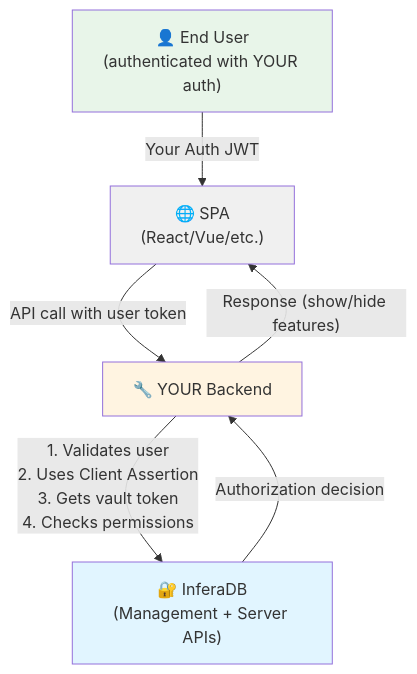
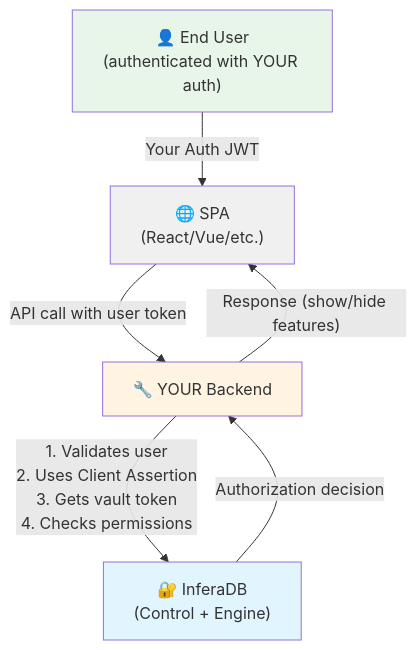
One commit to inferadb/management changed the fifth of 8 diagrams in docs/authentication.md. Above: the diagram before and after it, drawn with Mermaid. The commit also changed other lines of this file and 28 other files, not shown here.

````diff
--- a/docs/authentication.md
+++ b/docs/authentication.md
@@ -516,18 +517,18 @@
 ```mermaid
 flowchart TB
     User["👤 End User<br/>(authenticated with YOUR auth)"]
     SPA["🌐 SPA<br/>(React/Vue/etc.)"]
     Backend["🔧 YOUR Backend"]
-    InferaDB["🔐 InferaDB<br/>(Management + Server APIs)"]
+    InferaDB["🔐 InferaDB<br/>(Control + Engine)"]
 
     User -->|"Your Auth JWT"| SPA
     SPA -->|"API call with user token"| Backend
     Backend -->|"1. Validates user<br/>2. Uses Client Assertion<br/>3. Gets vault token<br/>4. Checks permissions"| InferaDB
     InferaDB -->|"Authorization decision"| Backend
     Backend -->|"Response (show/hide features)"| SPA
 
     style InferaDB fill:#e1f5ff
     style Backend fill:#fff4e1
     style SPA fill:#f0f0f0
     style User fill:#e8f5e9
 ```
````
